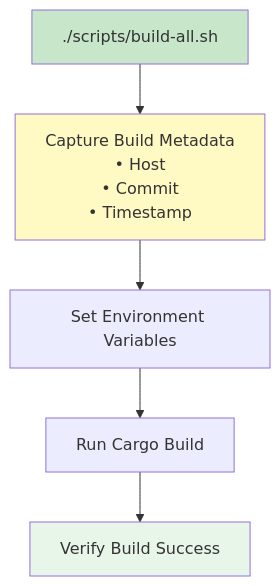
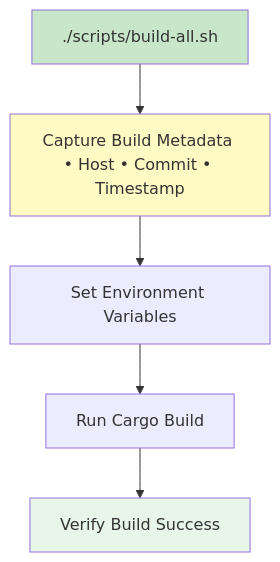
One commit to softwarewrighter/ui-test-rs changed the second of 15 diagrams in wiki/Development-Guide.md. Above: the diagram before and after it, drawn with Mermaid. The commit also changed other lines of this file and 10 other files, not shown here.

First line of the commit message:
Fix wiki Mermaid diagrams: remove <br/> tags

````diff
--- a/wiki/Development-Guide.md
+++ b/wiki/Development-Guide.md
@@ -106,18 +106,18 @@
 ```mermaid
 flowchart TB
     Script[./scripts/build-all.sh]
 
-    Meta[Capture Build Metadata<br/>• Host<br/>• Commit<br/>• Timestamp]
+    Meta[Capture Build Metadata • Host • Commit • Timestamp]
     Env[Set Environment Variables]
     Build[Run Cargo Build]
     Verify[Verify Build Success]
 
     Script --> Meta
     Meta --> Env
     Env --> Build
     Build --> Verify
 
     style Script fill:#c8e6c9
     style Meta fill:#fff9c4
     style Verify fill:#e8f5e9
 ```
````
